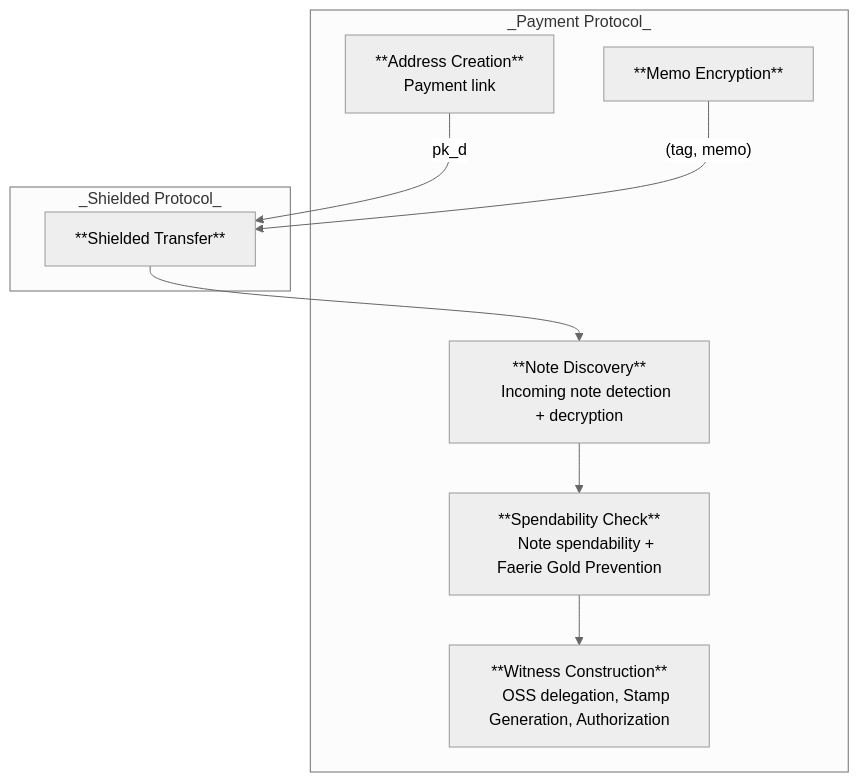
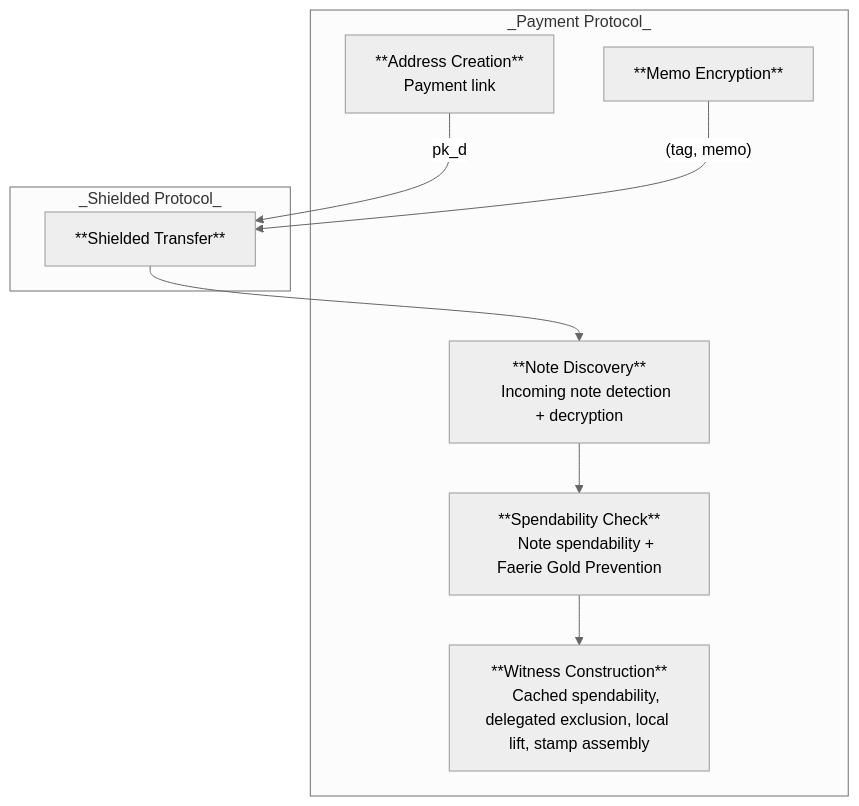
The sixth of 6 diagrams in book/src/revisit.md (alxiong/tachyon), drawn with Mermaid (neutral theme) before and after one commit. The commit also changed other lines of this file and 1 other file, not shown here.

````diff
--- a/book/src/revisit.md
+++ b/book/src/revisit.md
@@ -2043,22 +1893,22 @@
 ```mermaid
 flowchart TB
     subgraph _Payment Protocol_
     addr["**Address Creation**
     Payment link"]
     memo["**Memo Encryption**"]
     discovery["**Note Discovery**
     Incoming note detection + decryption"]
     check["**Spendability Check**
     Note spendability + Faerie Gold Prevention"]
     wit["**Witness Construction**
-    OSS delegation, Stamp Generation, Authorization"]
+    Cached spendability, delegated exclusion, local lift, stamp assembly"]
     end
 
     subgraph _Shielded Protocol_
     transfer["**Shielded Transfer**"]
     end
 
     addr -- "`pk_d`" --> transfer
     memo -- "`(tag, memo)`" --> transfer
     transfer --> discovery --> check --> wit
 ```
````
